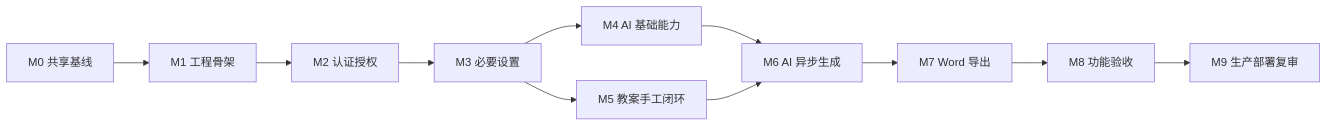
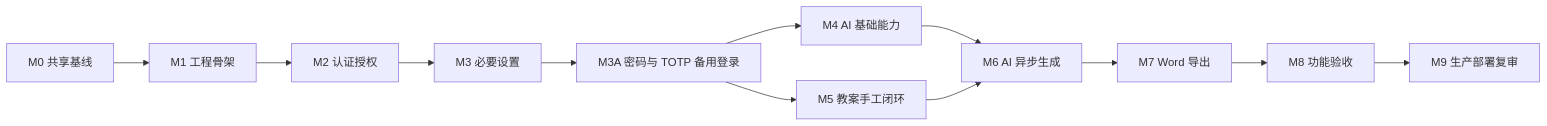
The diagram in docs/ROADMAP.md (ywyz/child-manager), drawn with Mermaid before and after one commit. The commit also changed other lines of this file and 29 other files, not shown here.

````diff
--- a/docs/ROADMAP.md
+++ b/docs/ROADMAP.md
@@ -107,13 +109,14 @@
 ```mermaid
 flowchart LR
     M0[M0 共享基线] --> M1[M1 工程骨架]
     M1 --> M2[M2 认证授权]
     M2 --> M3[M3 必要设置]
-    M3 --> M4[M4 AI 基础能力]
-    M3 --> M5[M5 教案手工闭环]
+    M3 --> M3A[M3A 密码与 TOTP 备用登录]
+    M3A --> M4[M4 AI 基础能力]
+    M3A --> M5[M5 教案手工闭环]
     M4 --> M6[M6 AI 异步生成]
     M5 --> M6
     M6 --> M7[M7 Word 导出]
     M7 --> M8[M8 功能验收]
     M8 --> M9[M9 生产部署复审]
 ```
````
